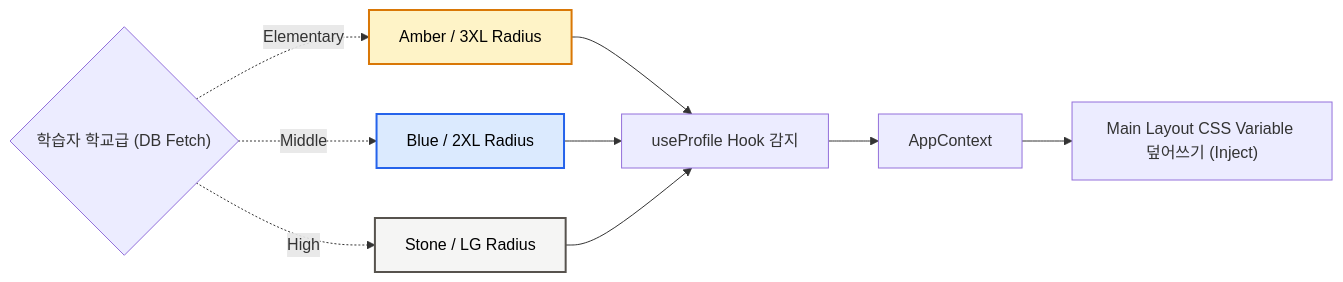
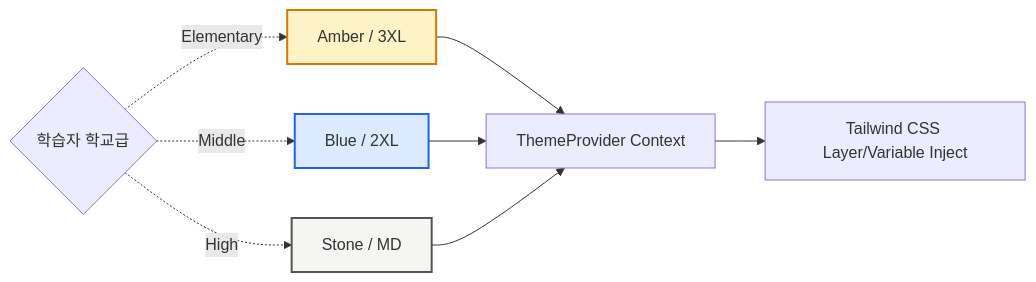
Before and after one commit to ll7098ll/prism: the diagram in docs/04_DESIGN_SYSTEM_SPEC.md, drawn with Mermaid. The commit also changed other lines of this file and 25 other files, not shown here.

````diff
--- a/docs/04_DESIGN_SYSTEM_SPEC.md
+++ b/docs/04_DESIGN_SYSTEM_SPEC.md
@@ -38,15 +42,14 @@
 ```mermaid
 graph LR
-    classDef elem fill:#fef3c7,stroke:#d97706,stroke-width:2px,color:#000;
-    classDef mid fill:#dbeafe,stroke:#2563eb,stroke-width:2px,color:#000;
-    classDef high fill:#f5f5f4,stroke:#57534e,stroke-width:2px,color:#000;
+    classDef elem fill:#fef3c7,stroke:#d97706,stroke-width:2px;
+    classDef mid fill:#dbeafe,stroke:#2563eb,stroke-width:2px;
+    classDef high fill:#f5f5f4,stroke:#57534e,stroke-width:2px;
     
-    UserLevel{"학습자 학교급 (DB Fetch)"} 
-    UserLevel -.-> |"Elementary"| ThemeA["Amber / 3XL Radius"]:::elem
-    UserLevel -.-> |"Middle"| ThemeB["Blue / 2XL Radius"]:::mid
-    UserLevel -.-> |"High"| ThemeC["Stone / LG Radius"]:::high
+    UserLevel{"학습자 학교급"} 
+    UserLevel -.-> |"Elementary"| ThemeA["Amber / 3XL"]:::elem
+    UserLevel -.-> |"Middle"| ThemeB["Blue / 2XL"]:::mid
+    UserLevel -.-> |"High"| ThemeC["Stone / MD"]:::high
     
-    ThemeA & ThemeB & ThemeC --> Hook[useProfile Hook 감지]
-    Hook --> Provider[AppContext]
-    Provider --> Output["Main Layout CSS Variable 덮어쓰기 (Inject)"]
+    ThemeA & ThemeB & ThemeC --> Provider[ThemeProvider Context]
+    Provider --> Output["Tailwind CSS Layer/Variable Inject"]
 ```
````
